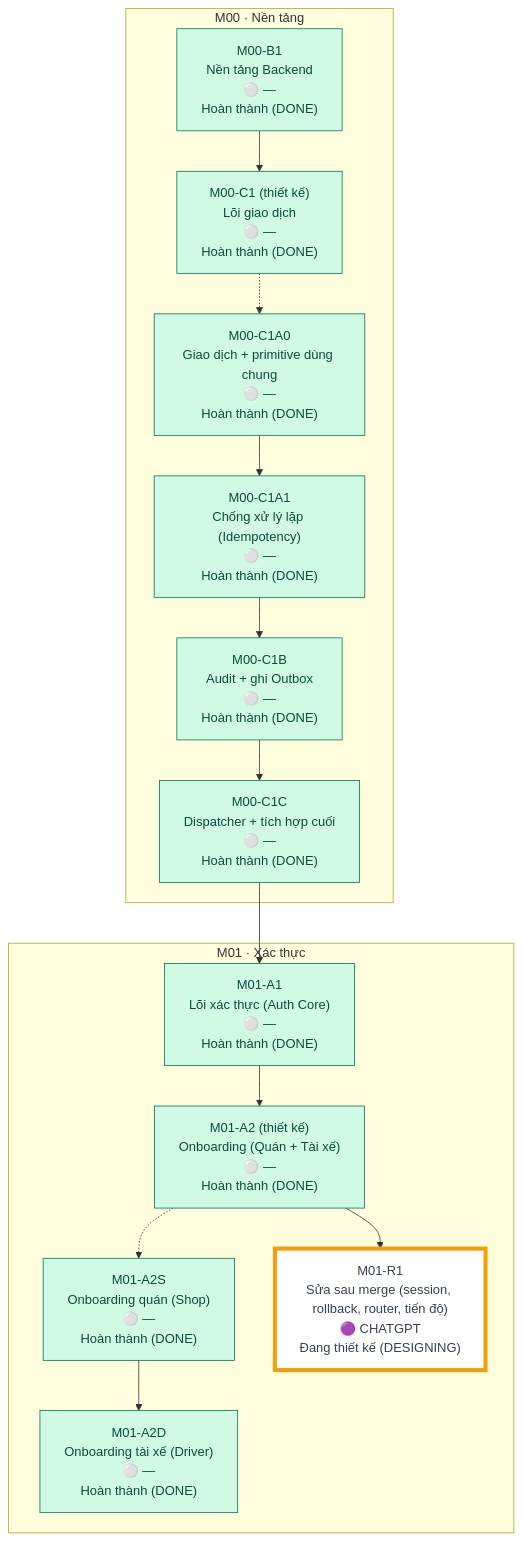
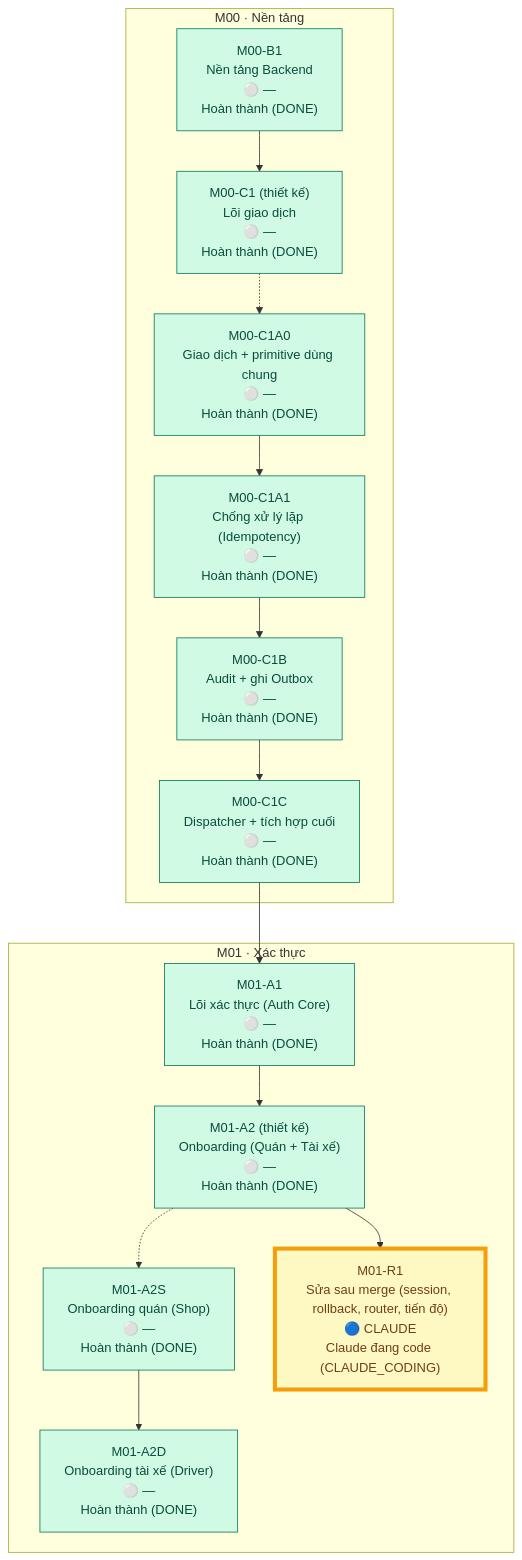
Before and after one commit to trungtn87/11ship: the diagram in docs/PROGRESS.md, drawn with Mermaid. The commit also changed other lines of this file and 6 other files, not shown here.

````diff
--- a/docs/PROGRESS.md
+++ b/docs/PROGRESS.md
@@ -38,42 +38,42 @@
 ```mermaid
 flowchart TD
   subgraph M00_box["M00 · Nền tảng"]
     M00_B1["M00-B1<br/>Nền tảng Backend<br/>⚪ —<br/>Hoàn thành (DONE)"]
     M00_C1["M00-C1 (thiết kế)<br/>Lõi giao dịch<br/>⚪ —<br/>Hoàn thành (DONE)"]
     M00_C1A0["M00-C1A0<br/>Giao dịch + primitive dùng chung<br/>⚪ —<br/>Hoàn thành (DONE)"]
     M00_C1A1["M00-C1A1<br/>Chống xử lý lặp (Idempotency)<br/>⚪ —<br/>Hoàn thành (DONE)"]
     M00_C1B["M00-C1B<br/>Audit + ghi Outbox<br/>⚪ —<br/>Hoàn thành (DONE)"]
     M00_C1C["M00-C1C<br/>Dispatcher + tích hợp cuối<br/>⚪ —<br/>Hoàn thành (DONE)"]
   end
   subgraph M01_box["M01 · Xác thực"]
     M01_A1["M01-A1<br/>Lõi xác thực (Auth Core)<br/>⚪ —<br/>Hoàn thành (DONE)"]
     M01_A2["M01-A2 (thiết kế)<br/>Onboarding (Quán + Tài xế)<br/>⚪ —<br/>Hoàn thành (DONE)"]
     M01_A2S["M01-A2S<br/>Onboarding quán (Shop)<br/>⚪ —<br/>Hoàn thành (DONE)"]
     M01_A2D["M01-A2D<br/>Onboarding tài xế (Driver)<br/>⚪ —<br/>Hoàn thành (DONE)"]
-    M01_R1["M01-R1<br/>Sửa sau merge (session, rollback, router, tiến độ)<br/>🟣 CHATGPT<br/>Đang thiết kế (DESIGNING)"]
+    M01_R1["M01-R1<br/>Sửa sau merge (session, rollback, router, tiến độ)<br/>🔵 CLAUDE<br/>Claude đang code (CLAUDE_CODING)"]
   end
 
   M00_B1 --> M00_C1
   M00_C1 -.-> M00_C1A0
   M00_C1A0 --> M00_C1A1
   M00_C1A1 --> M00_C1B
   M00_C1B --> M00_C1C
   M00_C1C --> M01_A1
   M01_A1 --> M01_A2
   M01_A2 -.-> M01_A2S
   M01_A2S --> M01_A2D
   M01_A2 --> M01_R1
 
   classDef done fill:#d1fae5,stroke:#047857,color:#064e3b
   classDef locked fill:#e0e7ff,stroke:#4338ca,color:#312e81
   classDef ready fill:#dbeafe,stroke:#1d4ed8,color:#1e3a8a
   classDef active fill:#fef9c3,stroke:#a16207,color:#713f12
   classDef failed fill:#fee2e2,stroke:#b91c1c,color:#7f1d1d
   classDef review fill:#f3e8ff,stroke:#7e22ce,color:#581c87
   classDef blocked fill:#f3f4f6,stroke:#9ca3af,color:#4b5563,stroke-dasharray:4 3
   classDef planned fill:#ffffff,stroke:#9ca3af,color:#374151
   classDef focus stroke:#f59e0b,stroke-width:5px
   class M00_B1,M00_C1,M00_C1A0,M00_C1A1,M00_C1B,M00_C1C,M01_A1,M01_A2,M01_A2S,M01_A2D done
-  class M01_R1 planned
+  class M01_R1 active
   class M01_R1 focus
 ```
````
